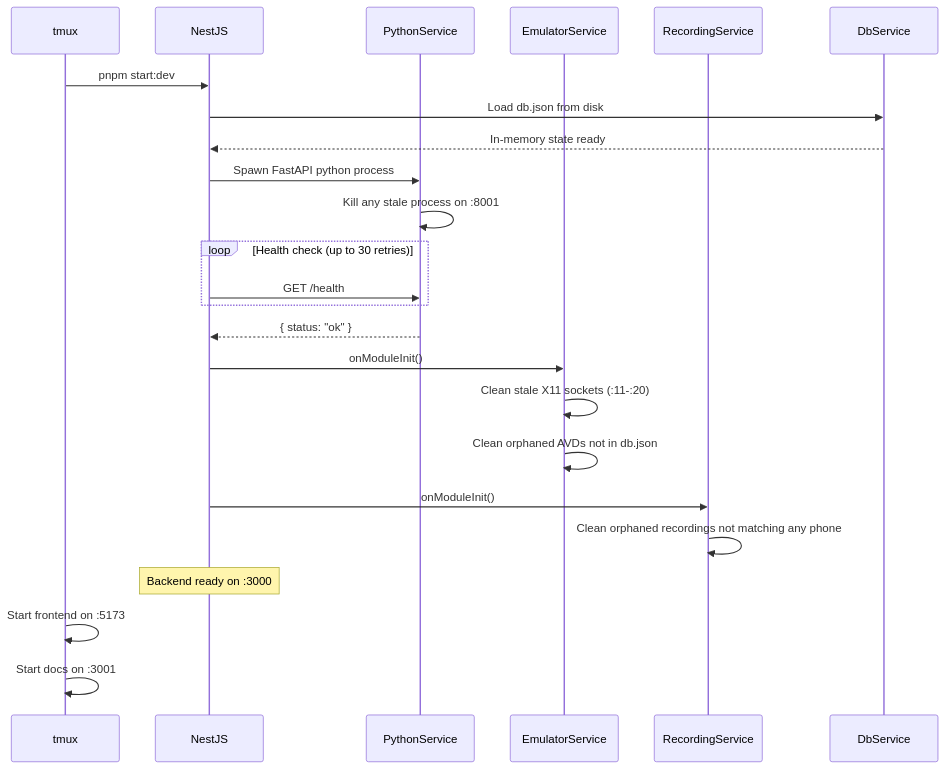
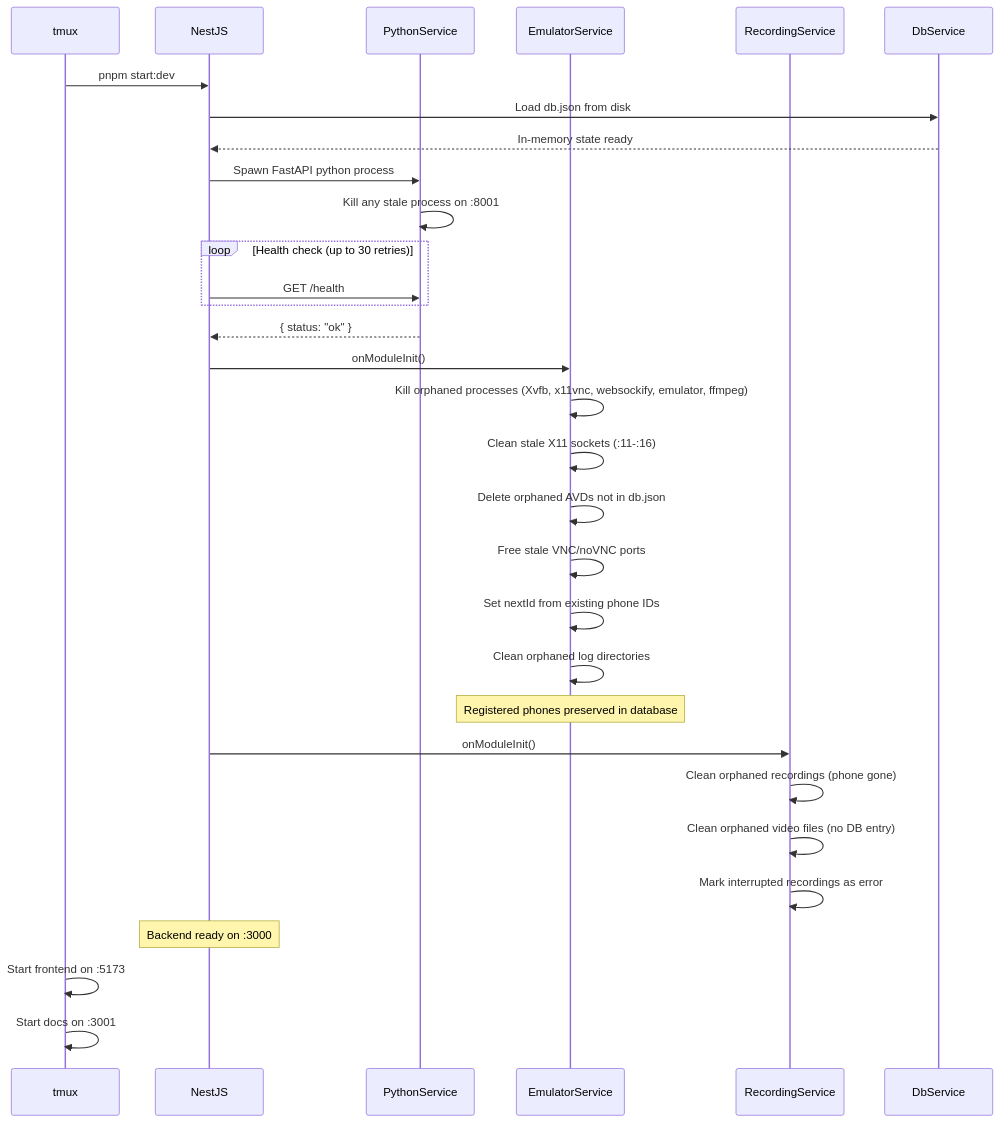
One commit to mhd12e/MAS changed diagram 15 of 15 in docs/getting-started/how-it-works.md. Above: the diagram before and after it, drawn with Mermaid. The commit also changed other lines of this file and 3 other files, not shown here.

````diff
--- a/docs/getting-started/how-it-works.md
+++ b/docs/getting-started/how-it-works.md
@@ -435,32 +438,39 @@
 ```mermaid
 sequenceDiagram
     participant TMUX as tmux
     participant NEST as NestJS
     participant PY as PythonService
     participant EMU as EmulatorService
     participant REC as RecordingService
     participant DB as DbService
 
     TMUX->>NEST: pnpm start:dev
     NEST->>DB: Load db.json from disk
     DB-->>NEST: In-memory state ready
 
     NEST->>PY: Spawn FastAPI python process
     PY->>PY: Kill any stale process on :8001
 
     loop Health check (up to 30 retries)
         NEST->>PY: GET /health
     end
     PY-->>NEST: { status: "ok" }
 
     NEST->>EMU: onModuleInit()
-    EMU->>EMU: Clean stale X11 sockets (:11-:20)
-    EMU->>EMU: Clean orphaned AVDs not in db.json
+    EMU->>EMU: Kill orphaned processes (Xvfb, x11vnc, websockify, emulator, ffmpeg)
+    EMU->>EMU: Clean stale X11 sockets (:11-:16)
+    EMU->>EMU: Delete orphaned AVDs not in db.json
+    EMU->>EMU: Free stale VNC/noVNC ports
+    EMU->>EMU: Set nextId from existing phone IDs
+    EMU->>EMU: Clean orphaned log directories
+    Note over EMU: Registered phones preserved in database
 
     NEST->>REC: onModuleInit()
-    REC->>REC: Clean orphaned recordings not matching any phone
+    REC->>REC: Clean orphaned recordings (phone gone)
+    REC->>REC: Clean orphaned video files (no DB entry)
+    REC->>REC: Mark interrupted recordings as error
 
     Note over NEST: Backend ready on :3000
     TMUX->>TMUX: Start frontend on :5173
     TMUX->>TMUX: Start docs on :3001
 ```
````
